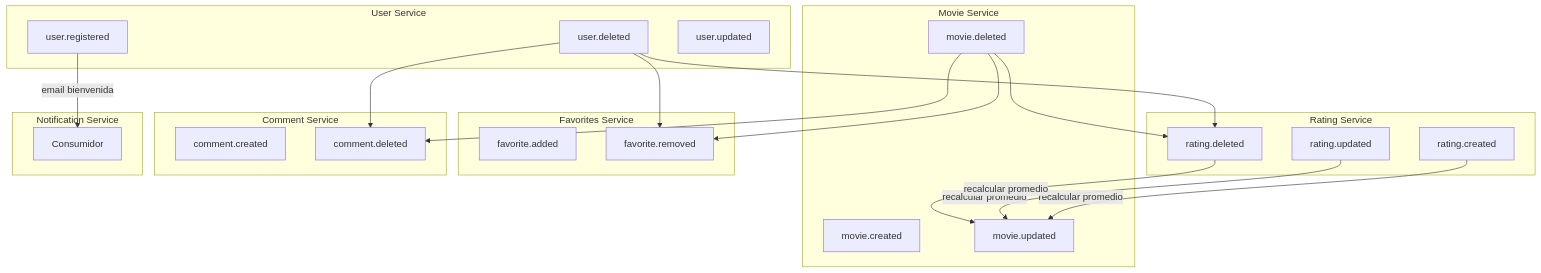
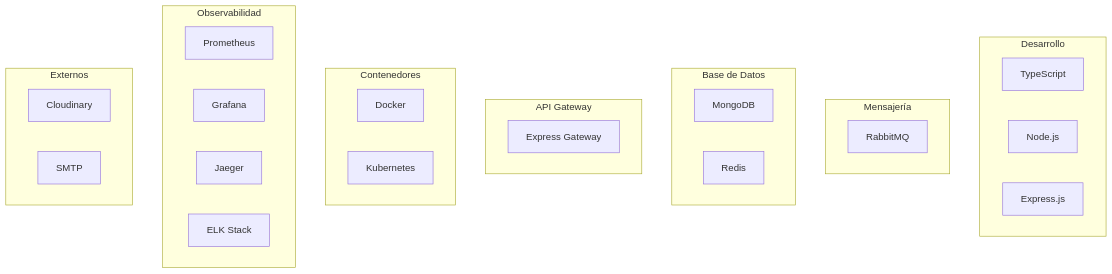
Before and after one commit to paelsam/StreamiaServer: diagram 17 of 27 in README.md, drawn with Mermaid. The commit also changed other lines of this file and 20 other files, not shown here.

````diff
--- a/README.md
+++ b/README.md
@@ -586,39 +530,38 @@
 ```mermaid
 flowchart TB
-    subgraph User Service
-        UE1[user.registered]
-        UE2[user.deleted]
-        UE3[user.updated]
+    subgraph "Desarrollo"
+        TS[TypeScript]
+        NODE[Node.js]
+        EXP[Express.js]
     end
 
-    subgraph Movie Service
-        ME1[movie.created]
-        ME2[movie.deleted]
-        ME3[movie.updated]
+    subgraph "Mensajería"
+        RMQ[RabbitMQ]
     end
 
-    subgraph Rating Service
-        RE1[rating.created]
-        RE2[rating.updated]
-        RE3[rating.deleted]
+    subgraph "Base de Datos"
+        MONGO[MongoDB]
+        REDIS[Redis]
     end
 
-    subgraph Favorites Service
-        FE1[favorite.added]
-        FE2[favorite.removed]
+    subgraph "API Gateway"
+        EG[Express Gateway]
     end
 
-    subgraph Comment Service
-        CE1[comment.created]
-        CE2[comment.deleted]
+    subgraph "Contenedores"
+        DOCKER[Docker]
+        K8S[Kubernetes]
     end
 
-    subgraph Notification Service
-        NS[Consumidor]
+    subgraph "Observabilidad"
+        PROM[Prometheus]
+        GRAF[Grafana]
+        JAEGER[Jaeger]
+        ELK[ELK Stack]
     end
 
-    UE1 --> |email bienvenida| NS
-    UE2 --> FE2 & RE3 & CE2
-    ME2 --> FE2 & RE3 & CE2
-    RE1 & RE2 & RE3 --> |recalcular promedio| ME3
+    subgraph "Externos"
+        CLD[Cloudinary]
+        SMTP[SMTP]
+    end
 ```
````
